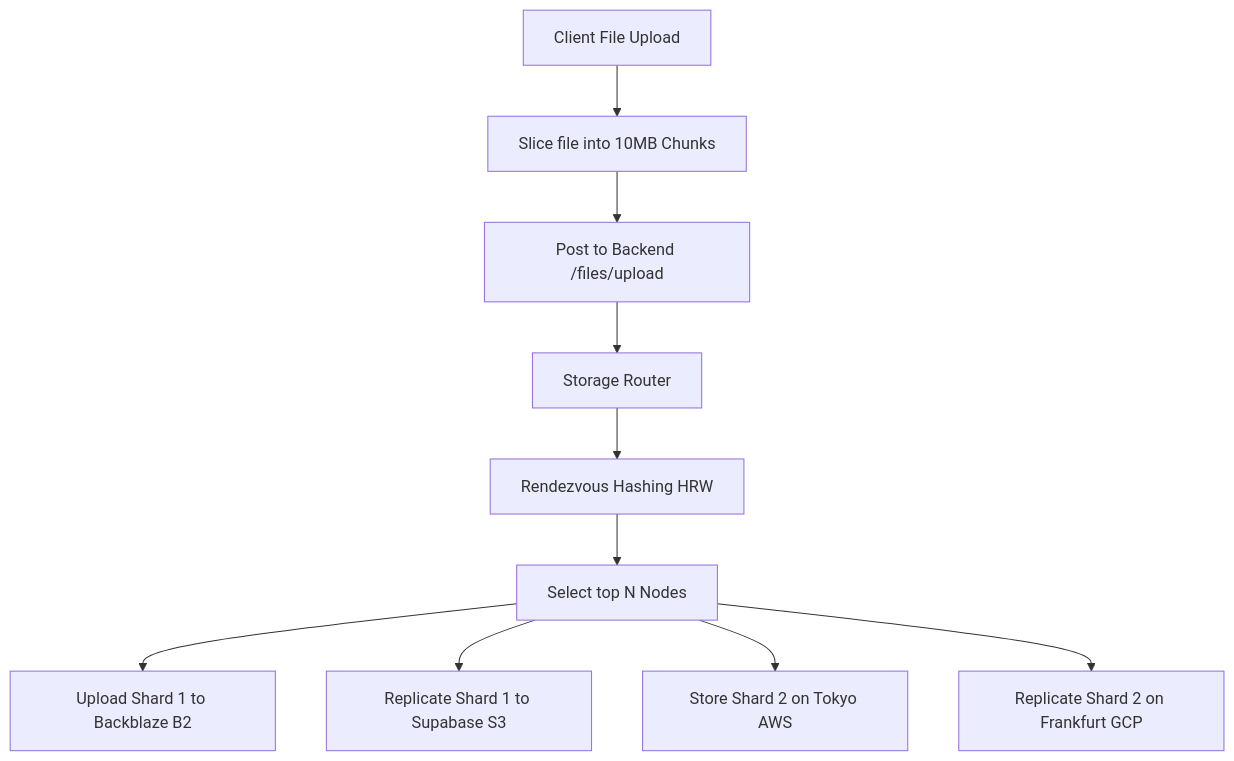
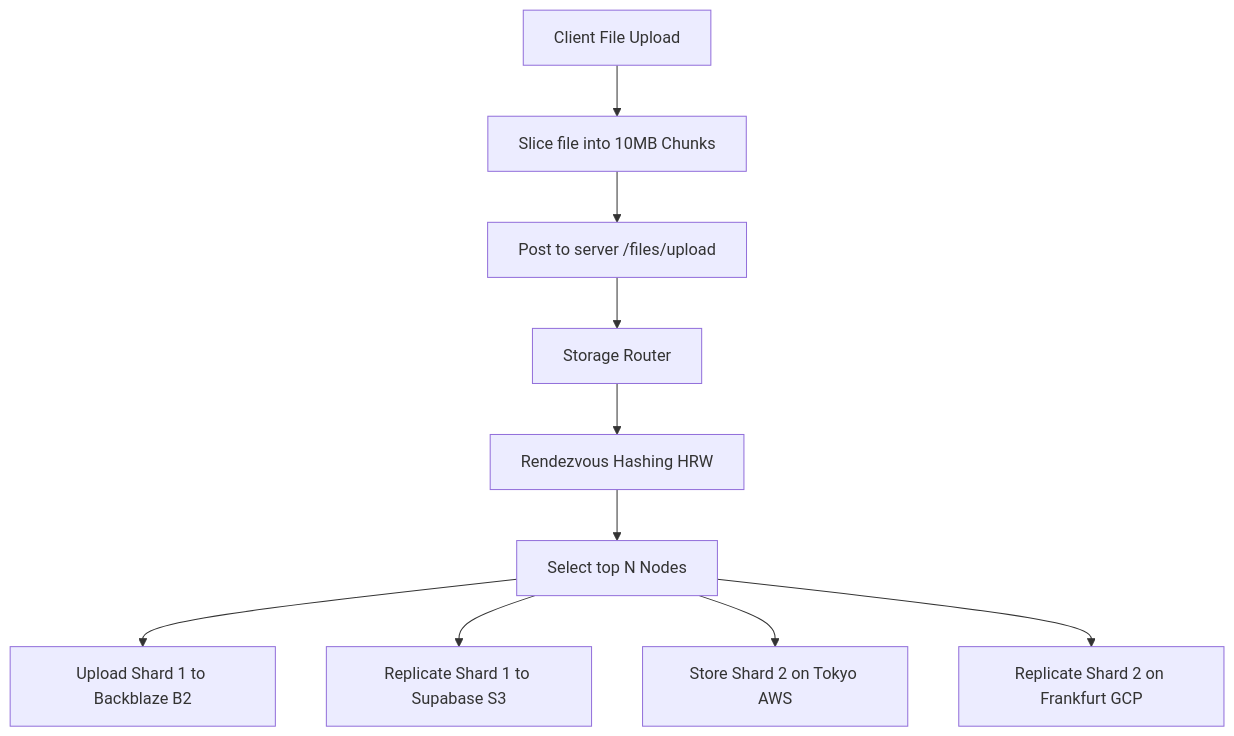
One commit to me-sahid/zancrypt changed the diagram in features_and_tech.md. Above: the diagram before and after it, drawn with Mermaid. The commit also changed other lines of this file and 586 other files, not shown here.

Commit message:
Refactor: rename frontend to web and backend to server

````diff
--- a/features_and_tech.md
+++ b/features_and_tech.md
@@ -84,12 +84,12 @@
 ```mermaid
 graph TD
     A[Client File Upload] --> B[Slice file into 10MB Chunks]
-    B --> C[Post to Backend /files/upload]
+    B --> C[Post to server /files/upload]
     C --> D[Storage Router]
     D --> E[Rendezvous Hashing HRW]
     E --> F[Select top N Nodes]
     F --> G[Upload Shard 1 to Backblaze B2]
     F --> H[Replicate Shard 1 to Supabase S3]
     F --> I[Store Shard 2 on Tokyo AWS]
     F --> J[Replicate Shard 2 on Frankfurt GCP]
 ```
````
